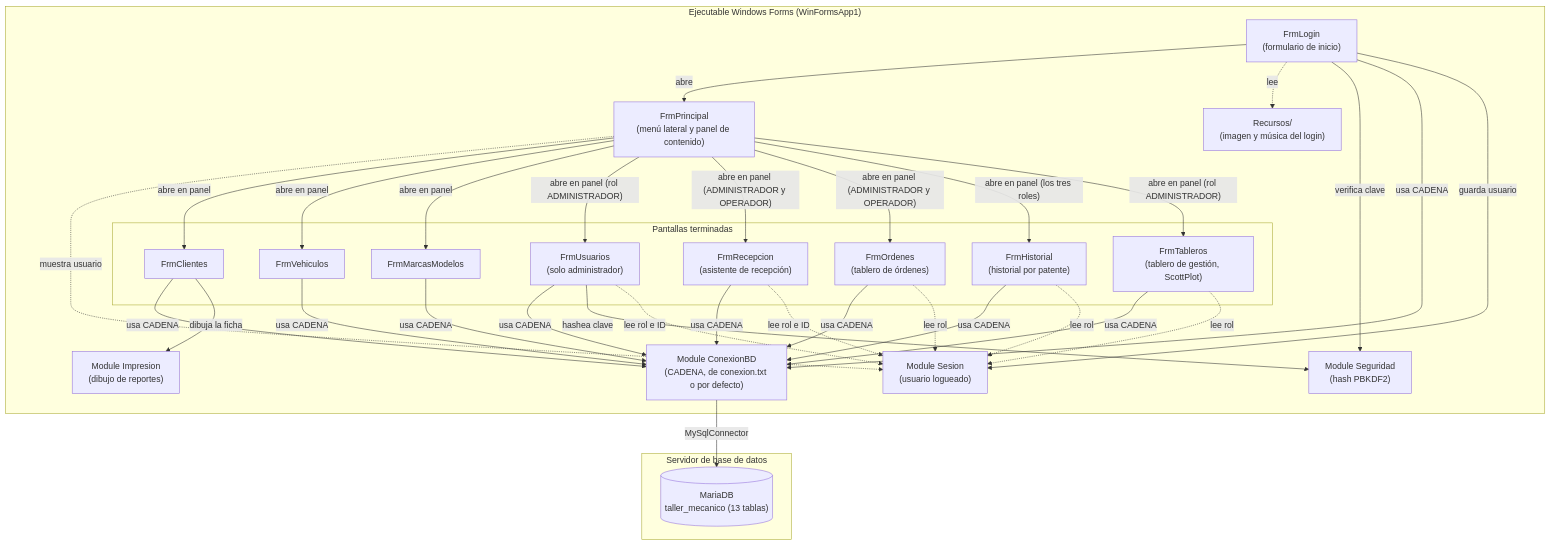
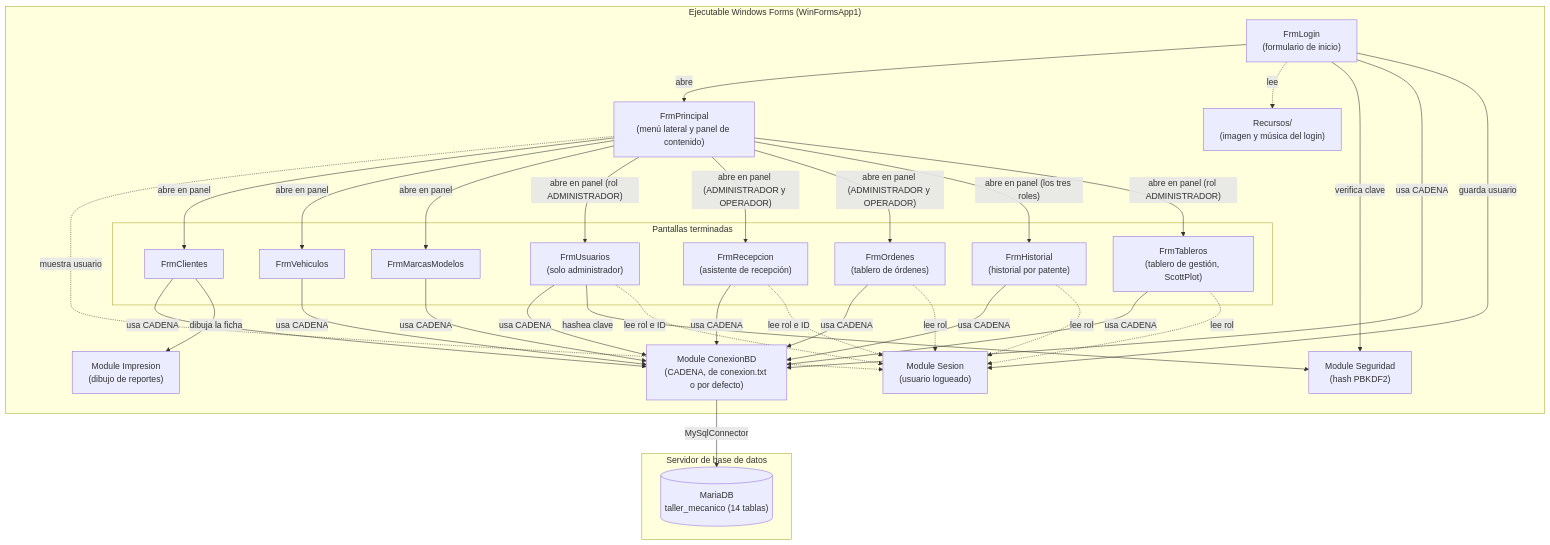
The diagram in README.md (MedinaLucas1996/taller-mecanico), drawn with Mermaid before and after one commit. The commit also changed other lines of this file and 2 other files, not shown here.

````diff
--- a/README.md
+++ b/README.md
@@ -196,57 +201,57 @@
 ```mermaid
 graph TD
     subgraph Cliente["Ejecutable Windows Forms (WinFormsApp1)"]
         Login["FrmLogin<br/>(formulario de inicio)"]
         Principal["FrmPrincipal<br/>(menú lateral y panel de contenido)"]
         subgraph Pantallas["Pantallas terminadas"]
             Clientes["FrmClientes"]
             Vehiculos["FrmVehiculos"]
             Marcas["FrmMarcasModelos"]
             Usuarios["FrmUsuarios<br/>(solo administrador)"]
             Recepcion["FrmRecepcion<br/>(asistente de recepción)"]
             Ordenes["FrmOrdenes<br/>(tablero de órdenes)"]
             Historial["FrmHistorial<br/>(historial por patente)"]
             Tableros["FrmTableros<br/>(tablero de gestión, ScottPlot)"]
         end
         Conexion["Module ConexionBD<br/>(CADENA, de conexion.txt o por defecto)"]
         Seguridad["Module Seguridad<br/>(hash PBKDF2)"]
         Sesion["Module Sesion<br/>(usuario logueado)"]
         Impresion["Module Impresion<br/>(dibujo de reportes)"]
         Recursos["Recursos/<br/>(imagen y música del login)"]
     end
 
     subgraph Datos["Servidor de base de datos"]
-        DB[("MariaDB<br/>taller_mecanico (13 tablas)")]
+        DB[("MariaDB<br/>taller_mecanico (14 tablas)")]
     end
 
     Login -->|"abre"| Principal
     Login -.->|"lee"| Recursos
     Login -->|"verifica clave"| Seguridad
     Login -->|"usa CADENA"| Conexion
     Login -->|"guarda usuario"| Sesion
     Principal -.->|"muestra usuario"| Sesion
     Principal -->|"abre en panel"| Clientes
     Principal -->|"abre en panel"| Vehiculos
     Principal -->|"abre en panel"| Marcas
     Principal -->|"abre en panel (rol ADMINISTRADOR)"| Usuarios
     Principal -->|"abre en panel (ADMINISTRADOR y OPERADOR)"| Recepcion
     Principal -->|"abre en panel (ADMINISTRADOR y OPERADOR)"| Ordenes
     Recepcion -->|"usa CADENA"| Conexion
     Recepcion -.->|"lee rol e ID"| Sesion
     Ordenes -->|"usa CADENA"| Conexion
     Ordenes -.->|"lee rol"| Sesion
     Principal -->|"abre en panel (los tres roles)"| Historial
     Historial -->|"usa CADENA"| Conexion
     Historial -.->|"lee rol"| Sesion
     Principal -->|"abre en panel (rol ADMINISTRADOR)"| Tableros
     Tableros -->|"usa CADENA"| Conexion
     Tableros -.->|"lee rol"| Sesion
     Clientes -->|"usa CADENA"| Conexion
     Clientes -->|"dibuja la ficha"| Impresion
     Vehiculos -->|"usa CADENA"| Conexion
     Marcas -->|"usa CADENA"| Conexion
     Usuarios -->|"usa CADENA"| Conexion
     Usuarios -->|"hashea clave"| Seguridad
     Usuarios -.->|"lee rol e ID"| Sesion
     Conexion -->|"MySqlConnector"| DB
 ```
````
